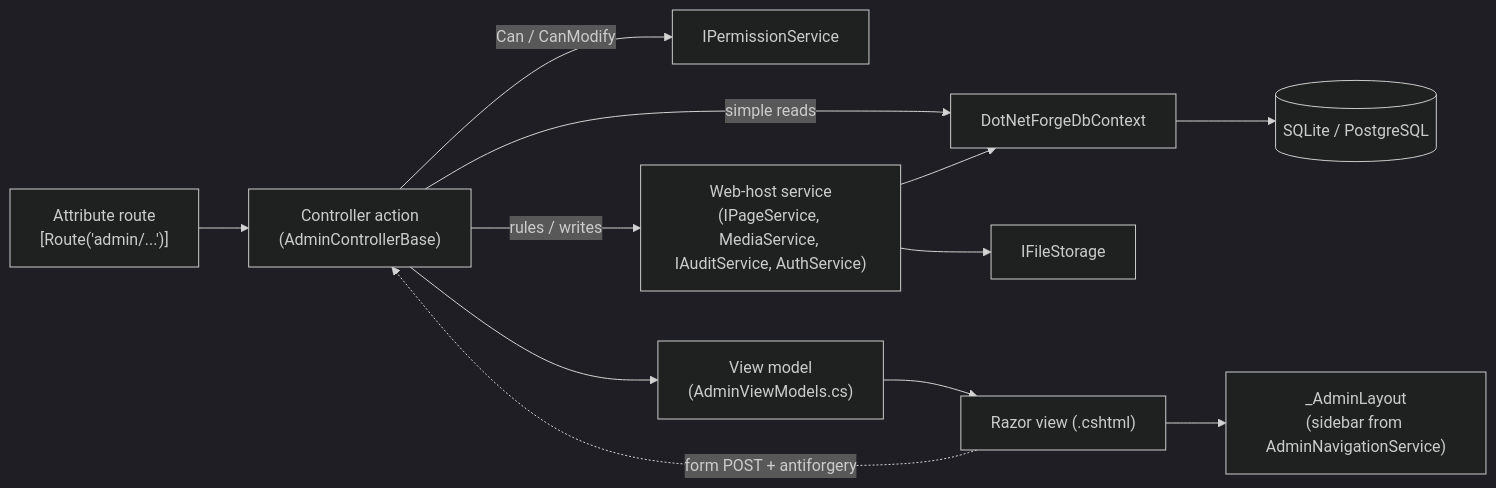
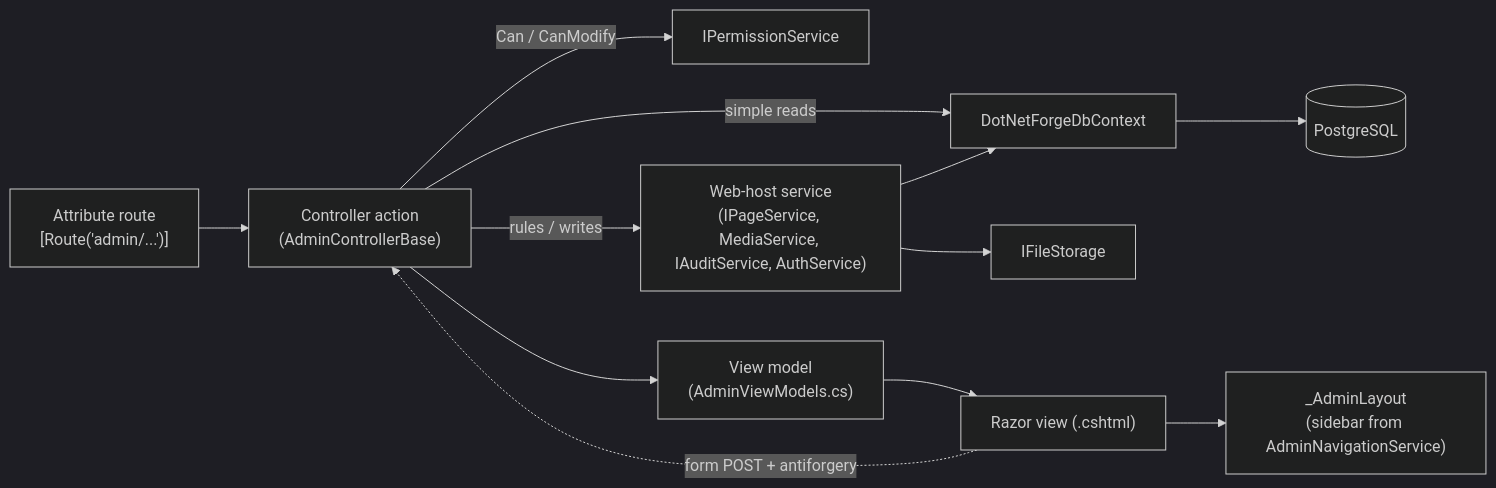
The first of 3 diagrams in .docs/architecture/pages.md (Albadit/DotNetForge), drawn with Mermaid (dark theme) before and after one commit. The commit also changed other lines of this file and 303 other files, not shown here.

````diff
--- a/.docs/architecture/pages.md
+++ b/.docs/architecture/pages.md
@@ -12,14 +12,14 @@
 ```mermaid
 flowchart LR
     Route["Attribute route<br/>[Route('admin/...')]"] --> Action["Controller action<br/>(AdminControllerBase)"]
     Action -- "Can / CanModify" --> Perm["IPermissionService"]
     Action -- "simple reads" --> Ctx["DotNetForgeDbContext"]
     Action -- "rules / writes" --> Svc["Web-host service<br/>(IPageService, MediaService, IAuditService, AuthService)"]
     Svc --> Ctx
     Svc --> Files["IFileStorage"]
-    Ctx --> DB[("SQLite / PostgreSQL")]
+    Ctx --> DB[("PostgreSQL")]
     Action --> VM["View model<br/>(AdminViewModels.cs)"]
     VM --> View["Razor view (.cshtml)"]
     View --> Layout["_AdminLayout<br/>(sidebar from AdminNavigationService)"]
     View -. "form POST + antiforgery" .-> Action
 ```
````
